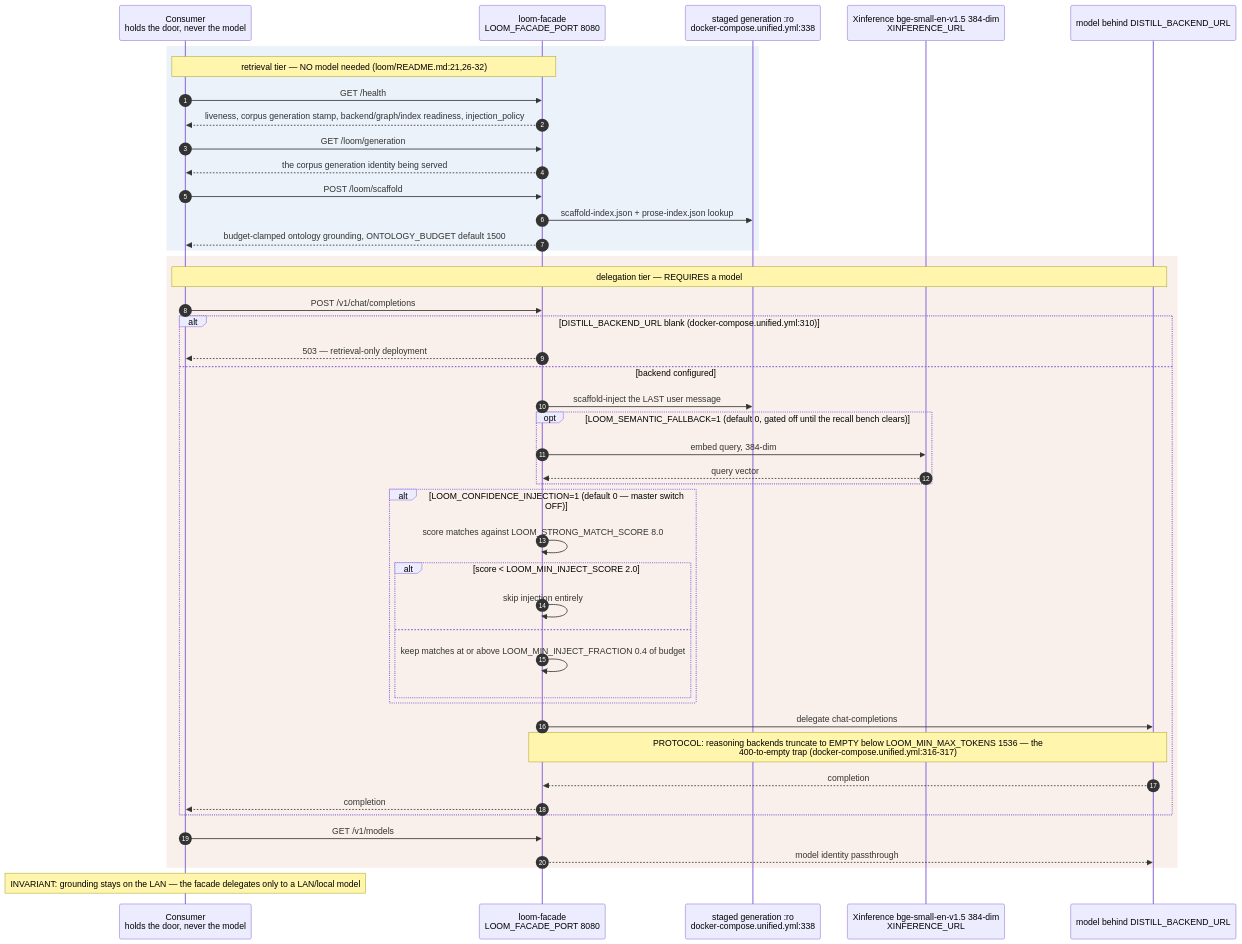
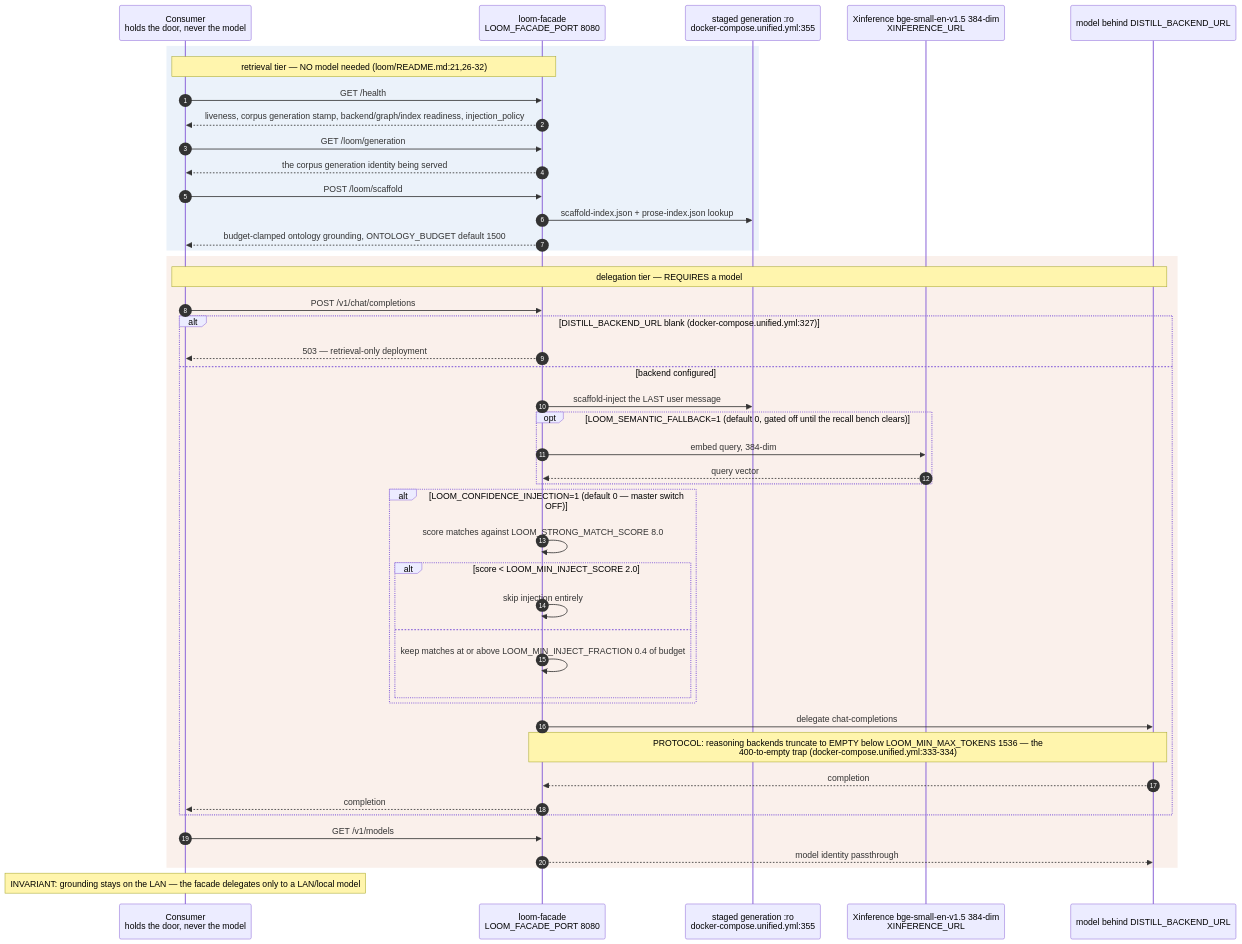
The fifth of 12 diagrams in docs/diagrams/agentbox/24-loom-facade.md (DreamLab-AI/VisionFlow), drawn with Mermaid before and after one commit. The commit also changed other lines of this file and 136 other files, not shown here.

First line of the commit message:
docs(diagrams): refresh the whole corpus to code HEAD and prune low-value diagrams

````diff
--- a/docs/diagrams/agentbox/24-loom-facade.md
+++ b/docs/diagrams/agentbox/24-loom-facade.md
@@ -237,48 +181,48 @@
 ```mermaid
 sequenceDiagram
     autonumber
     participant C as Consumer<br/>holds the door, never the model
     participant FAC as loom-facade<br/>LOOM_FACADE_PORT 8080
-    participant IDX as staged generation :ro<br/>docker-compose.unified.yml:338
+    participant IDX as staged generation :ro<br/>docker-compose.unified.yml:355
     participant XI as Xinference bge-small-en-v1.5 384-dim<br/>XINFERENCE_URL
     participant M as model behind DISTILL_BACKEND_URL
 
     rect rgb(235,242,250)
         Note over C,FAC: retrieval tier — NO model needed (loom/README.md:21,26-32)
         C->>FAC: GET /health
         FAC-->>C: liveness, corpus generation stamp, backend/graph/index readiness, injection_policy
         C->>FAC: GET /loom/generation
         FAC-->>C: the corpus generation identity being served
         C->>FAC: POST /loom/scaffold
         FAC->>IDX: scaffold-index.json + prose-index.json lookup
         FAC-->>C: budget-clamped ontology grounding, ONTOLOGY_BUDGET default 1500
     end
     rect rgb(250,240,235)
         Note over C,M: delegation tier — REQUIRES a model
         C->>FAC: POST /v1/chat/completions
-        alt DISTILL_BACKEND_URL blank (docker-compose.unified.yml:310)
+        alt DISTILL_BACKEND_URL blank (docker-compose.unified.yml:327)
             FAC-->>C: 503 — retrieval-only deployment
         else backend configured
             FAC->>IDX: scaffold-inject the LAST user message
             opt LOOM_SEMANTIC_FALLBACK=1 (default 0, gated off until the recall bench clears)
                 FAC->>XI: embed query, 384-dim
                 XI-->>FAC: query vector
             end
             alt LOOM_CONFIDENCE_INJECTION=1 (default 0 — master switch OFF)
                 FAC->>FAC: score matches against LOOM_STRONG_MATCH_SCORE 8.0
                 alt score < LOOM_MIN_INJECT_SCORE 2.0
                     FAC->>FAC: skip injection entirely
                 else
                     FAC->>FAC: keep matches at or above LOOM_MIN_INJECT_FRACTION 0.4 of budget
                 end
             end
             FAC->>M: delegate chat-completions
-            Note over FAC,M: PROTOCOL: reasoning backends truncate to EMPTY below LOOM_MIN_MAX_TOKENS 1536 — the<br/>400-to-empty trap (docker-compose.unified.yml:316-317)
+            Note over FAC,M: PROTOCOL: reasoning backends truncate to EMPTY below LOOM_MIN_MAX_TOKENS 1536 — the<br/>400-to-empty trap (docker-compose.unified.yml:333-334)
             M-->>FAC: completion
             FAC-->>C: completion
         end
         C->>FAC: GET /v1/models
         FAC-->>M: model identity passthrough
     end
     Note over C: INVARIANT: grounding stays on the LAN — the facade delegates only to a LAN/local model
 ```
````
